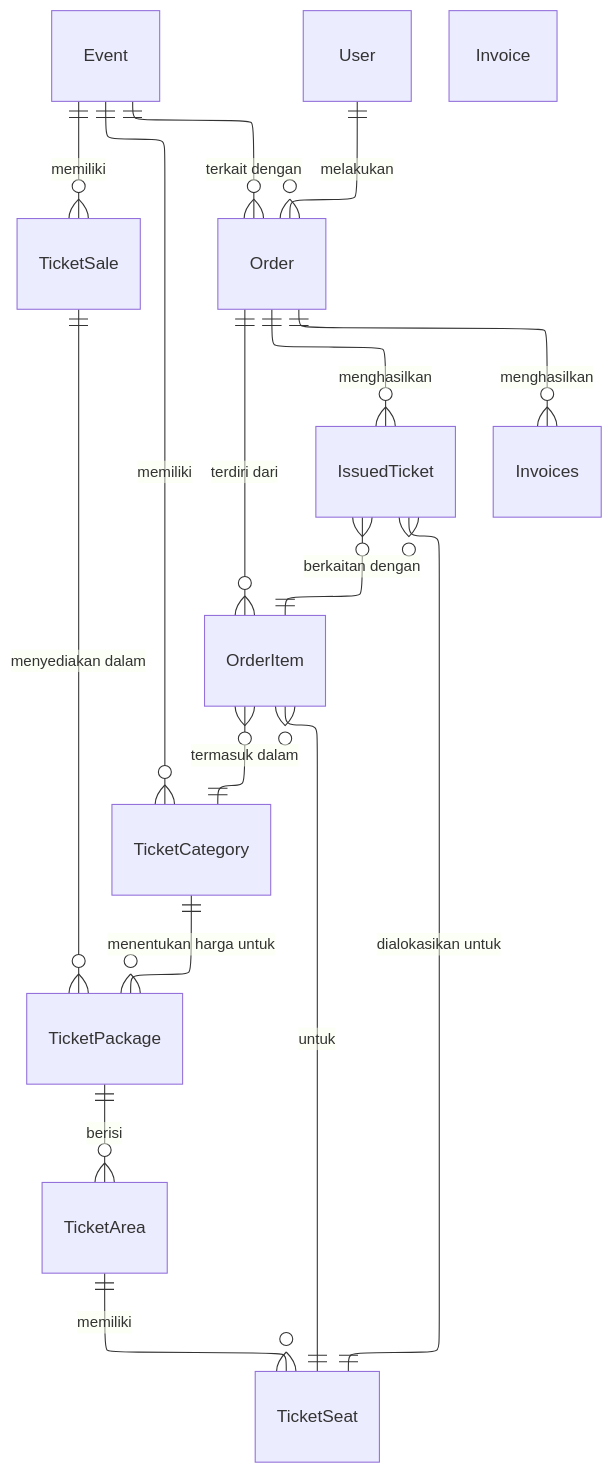
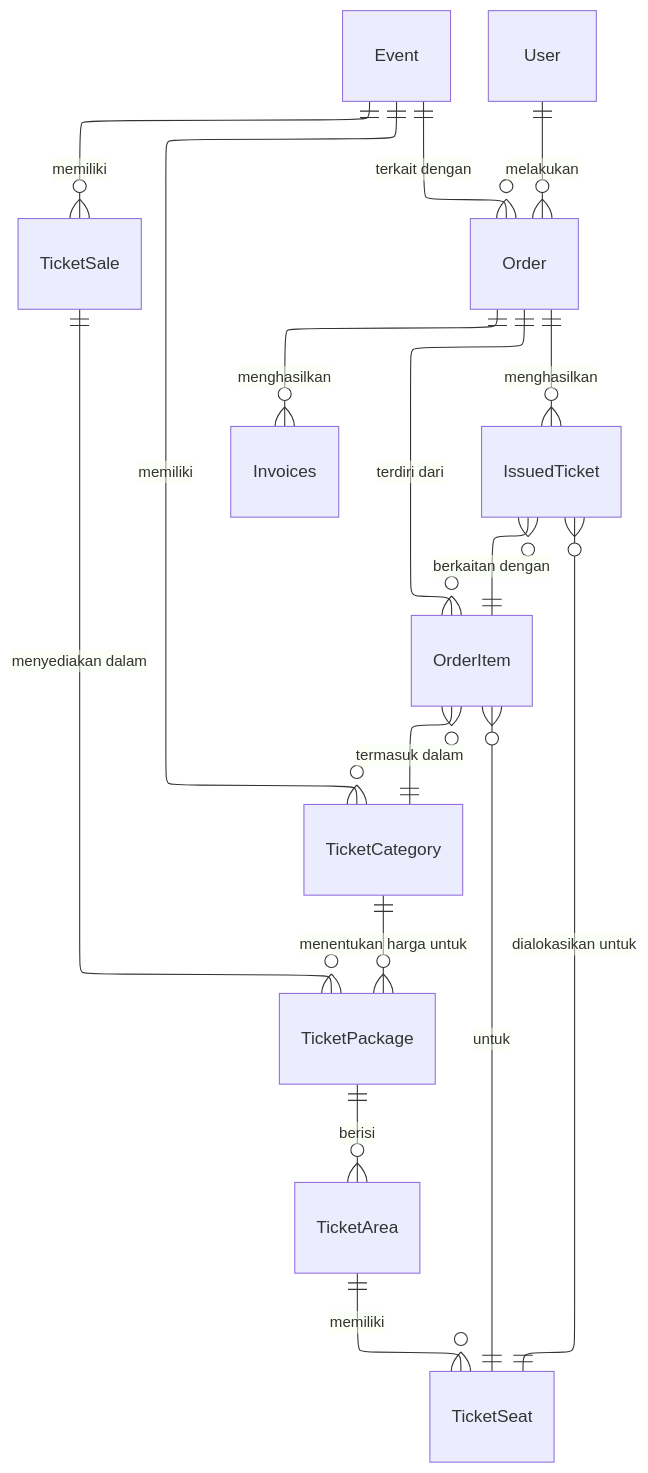
The diagram in document/src/resources/chapter-3/erd-mini.mmd (akbarmridho/tugas-akhir), drawn with Mermaid before and after one commit. The commit also changed 2 other files, not shown here.

```diff
--- a/document/src/resources/chapter-3/erd-mini.mmd
+++ b/document/src/resources/chapter-3/erd-mini.mmd
@@ -1,33 +1,33 @@
 ---
 config:
   layout: elk
   theme: default
 ---
 erDiagram
     Event
     TicketCategory
     TicketSale
     TicketPackage
     TicketArea
     TicketSeat
     User
     Order
     OrderItem
-    Invoice
+    Invoices
     IssuedTicket
 
     Event ||--o{ TicketCategory : "memiliki"
     Event ||--o{ TicketSale : "memiliki"
     Event ||--o{ Order : "terkait dengan"
     TicketCategory ||--o{ TicketPackage : "menentukan harga untuk"
     TicketSale ||--o{ TicketPackage : "menyediakan dalam"
     TicketPackage ||--o{ TicketArea : "berisi"
     TicketArea ||--o{ TicketSeat : "memiliki"
     User ||--o{ Order : "melakukan"
     Order ||--o{ OrderItem : "terdiri dari"
     Order ||--o{ Invoices : "menghasilkan"
     Order ||--o{ IssuedTicket : "menghasilkan"
     OrderItem }o--|| TicketCategory : "termasuk dalam"
     OrderItem }o--|| TicketSeat : "untuk"
     IssuedTicket }o--|| OrderItem : "berkaitan dengan"
     IssuedTicket }o--|| TicketSeat : "dialokasikan untuk"
```
